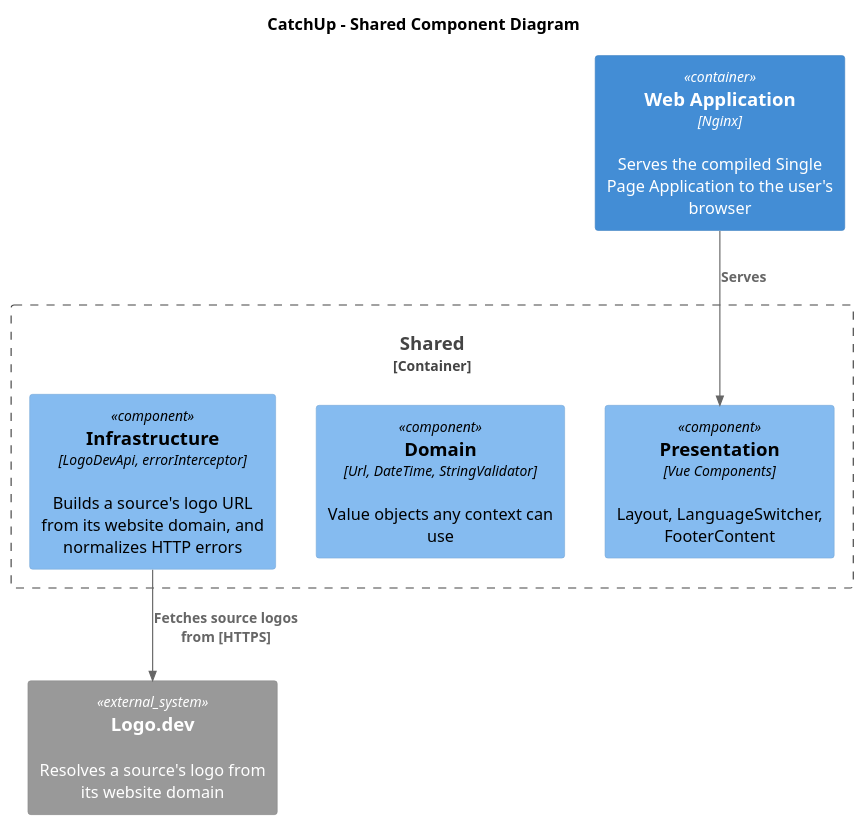
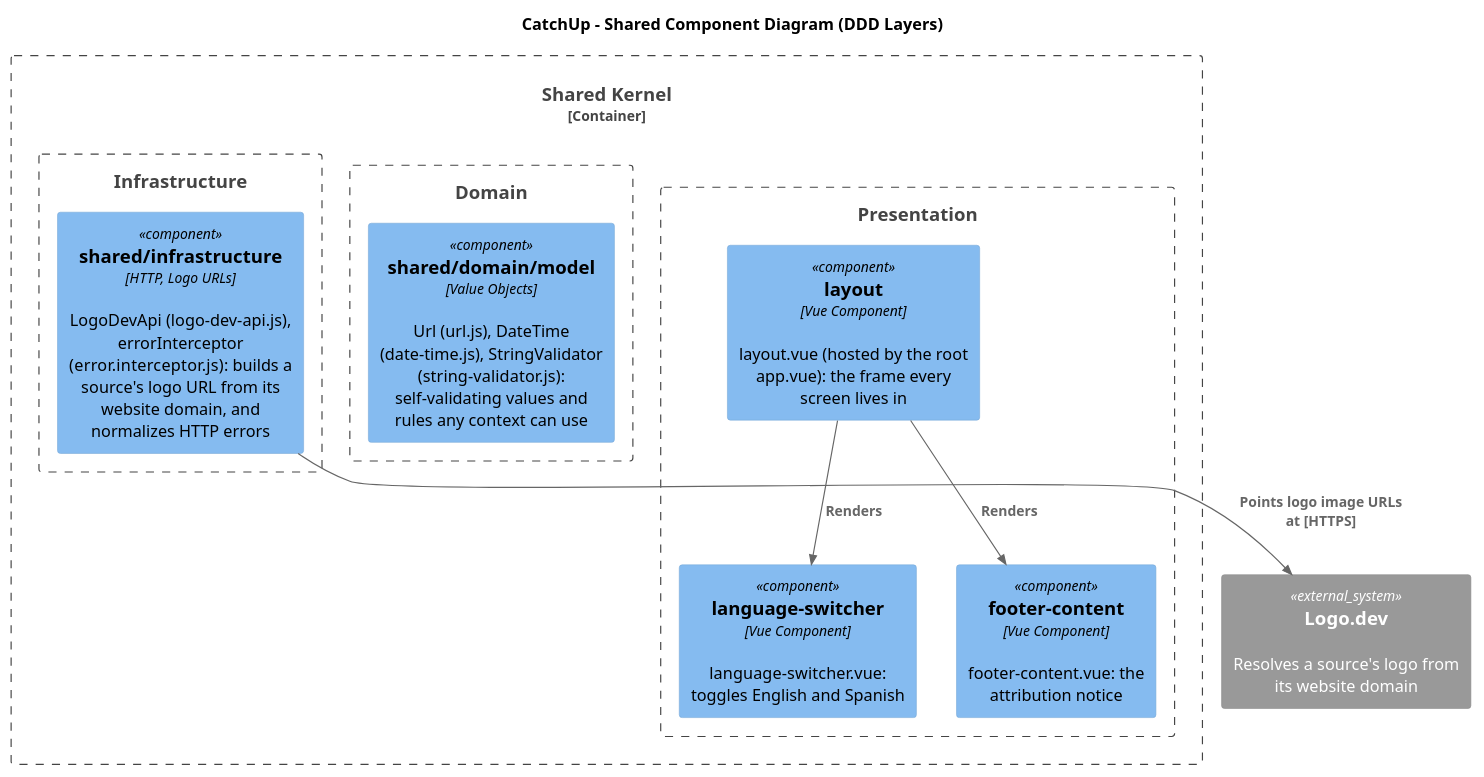
Before and after one commit to sebita97788/catch-up: the diagram in docs/c4/components-frontend-shared.puml, drawn with PlantUML. The commit also changed 2 other files, not shown here.

```diff
--- a/docs/c4/components-frontend-shared.puml
+++ b/docs/c4/components-frontend-shared.puml
@@ -1,17 +1,25 @@
 @startuml "Components-Shared"
 !includeurl https://raw.githubusercontent.com/plantuml-stdlib/C4-PlantUML/master/C4_Component.puml
 
-title CatchUp - Shared Component Diagram
+title CatchUp - Shared Component Diagram (DDD Layers)
 
-Container(web, "Web Application", "Nginx", "Serves the compiled Single Page Application to the user's browser")
 System_Ext(logodev, "Logo.dev", "Resolves a source's logo from its website domain")
 
-Container_Boundary(shared, "Shared") {
-    Component(presentation, "Presentation", "Vue Components", "Layout, LanguageSwitcher, FooterContent")
-    Component(domain, "Domain", "Url, DateTime, StringValidator", "Value objects any context can use")
-    Component(infrastructure, "Infrastructure", "LogoDevApi, errorInterceptor", "Builds a source's logo URL from its website domain, and normalizes HTTP errors")
+Container_Boundary(shared, "Shared Kernel") {
+    Boundary(presentation, "Presentation") {
+        Component(layout, "layout", "Vue Component", "layout.vue (hosted by the root app.vue): the frame every screen lives in")
+        Component(language_switcher, "language-switcher", "Vue Component", "language-switcher.vue: toggles English and Spanish")
+        Component(footer_content, "footer-content", "Vue Component", "footer-content.vue: the attribution notice")
+    }
+    Boundary(domain, "Domain") {
+        Component(shared_domain_model, "shared/domain/model", "Value Objects", "Url (url.js), DateTime (date-time.js), StringValidator (string-validator.js): self-validating values and rules any context can use")
+    }
+    Boundary(infrastructure, "Infrastructure") {
+        Component(shared_infrastructure, "shared/infrastructure", "HTTP, Logo URLs", "LogoDevApi (logo-dev-api.js), errorInterceptor (error.interceptor.js): builds a source's logo URL from its website domain, and normalizes HTTP errors")
+    }
 }
 
-Rel(web, presentation, "Serves")
-Rel(infrastructure, logodev, "Fetches source logos from [HTTPS]")
+Rel(layout, language_switcher, "Renders")
+Rel(layout, footer_content, "Renders")
+Rel(shared_infrastructure, logodev, "Points logo image URLs at [HTTPS]")
 @enduml
```
